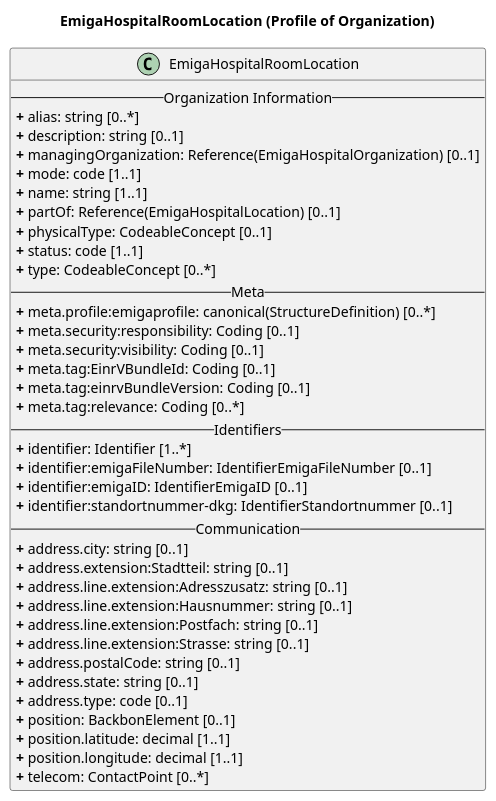
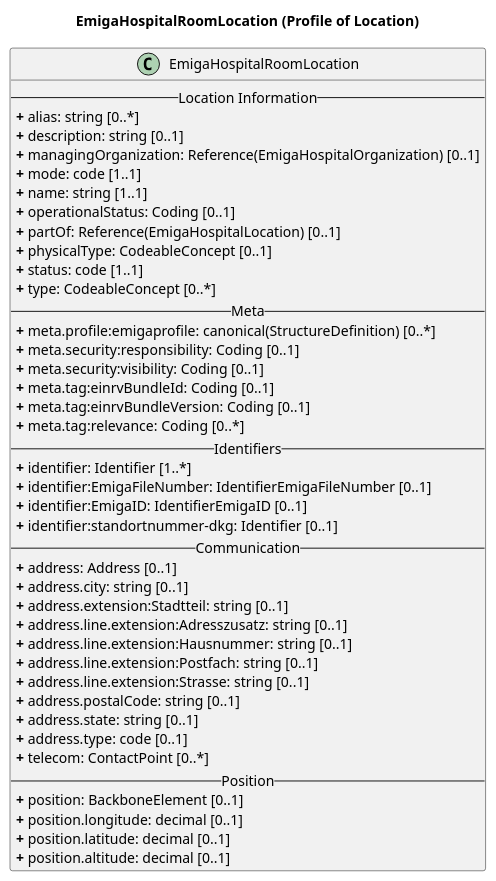
One commit to robert-koch-institut/rki.emiga.vzd changed the diagram in rki.emiga.vzd/guides/implementationguides.vzd/PlantUML/HospitalRoomLocation.puml. Above: the diagram before and after it, drawn with PlantUML. The commit also changed 18 other files, not shown here.

```diff
--- a/rki.emiga.vzd/guides/implementationguides.vzd/PlantUML/HospitalRoomLocation.puml
+++ b/rki.emiga.vzd/guides/implementationguides.vzd/PlantUML/HospitalRoomLocation.puml
@@ -1,46 +1,50 @@
 @startuml
 skinparam linetype ortho
 
-title EmigaHospitalRoomLocation (Profile of Organization)
+title EmigaHospitalRoomLocation (Profile of Location)
 
 ' Main Class
 class EmigaHospitalRoomLocation{
--- Organization Information --
+-- Location Information --
 <b>+</b> alias: string [0..*]
 <b>+</b> description: string [0..1]
 <b>+</b> managingOrganization: Reference(EmigaHospitalOrganization) [0..1]
 <b>+</b> mode: code [1..1]
 <b>+</b> name: string [1..1]
+<b>+</b> operationalStatus: Coding [0..1]
 <b>+</b> partOf: Reference(EmigaHospitalLocation) [0..1]
 <b>+</b> physicalType: CodeableConcept [0..1]
 <b>+</b> status: code [1..1]
 <b>+</b> type: CodeableConcept [0..*]
 -- Meta --
 <b>+</b> meta.profile:emigaprofile: canonical(StructureDefinition) [0..*]
 <b>+</b> meta.security:responsibility: Coding [0..1]
 <b>+</b> meta.security:visibility: Coding [0..1]
-<b>+</b> meta.tag:EinrVBundleId: Coding [0..1]
+<b>+</b> meta.tag:einrvBundleId: Coding [0..1]
 <b>+</b> meta.tag:einrvBundleVersion: Coding [0..1]
 <b>+</b> meta.tag:relevance: Coding [0..*]
 -- Identifiers --
 <b>+</b> identifier: Identifier [1..*] 
-<b>+</b> identifier:emigaFileNumber: IdentifierEmigaFileNumber [0..1]
-<b>+</b> identifier:emigaID: IdentifierEmigaID [0..1]
-<b>+</b> identifier:standortnummer-dkg: IdentifierStandortnummer [0..1]
+<b>+</b> identifier:EmigaFileNumber: IdentifierEmigaFileNumber [0..1]
+<b>+</b> identifier:EmigaID: IdentifierEmigaID [0..1]
+<b>+</b> identifier:standortnummer-dkg: Identifier [0..1]
 -- Communication --
+<b>+</b> address: Address [0..1]
 <b>+</b> address.city: string [0..1]
 <b>+</b> address.extension:Stadtteil: string [0..1]
 <b>+</b> address.line.extension:Adresszusatz: string [0..1]
 <b>+</b> address.line.extension:Hausnummer: string [0..1]
 <b>+</b> address.line.extension:Postfach: string [0..1]
 <b>+</b> address.line.extension:Strasse: string [0..1]
 <b>+</b> address.postalCode: string [0..1]
 <b>+</b> address.state: string [0..1]
 <b>+</b> address.type: code [0..1]
-<b>+</b> position: BackbonElement [0..1]
-<b>+</b> position.latitude: decimal [1..1]
-<b>+</b> position.longitude: decimal [1..1]
 <b>+</b> telecom: ContactPoint [0..*]
+-- Position --
+<b>+</b> position: BackboneElement [0..1]
+<b>+</b> position.longitude: decimal [0..1]
+<b>+</b> position.latitude: decimal [0..1]
+<b>+</b> position.altitude: decimal [0..1]
 }
 
 @enduml
```
